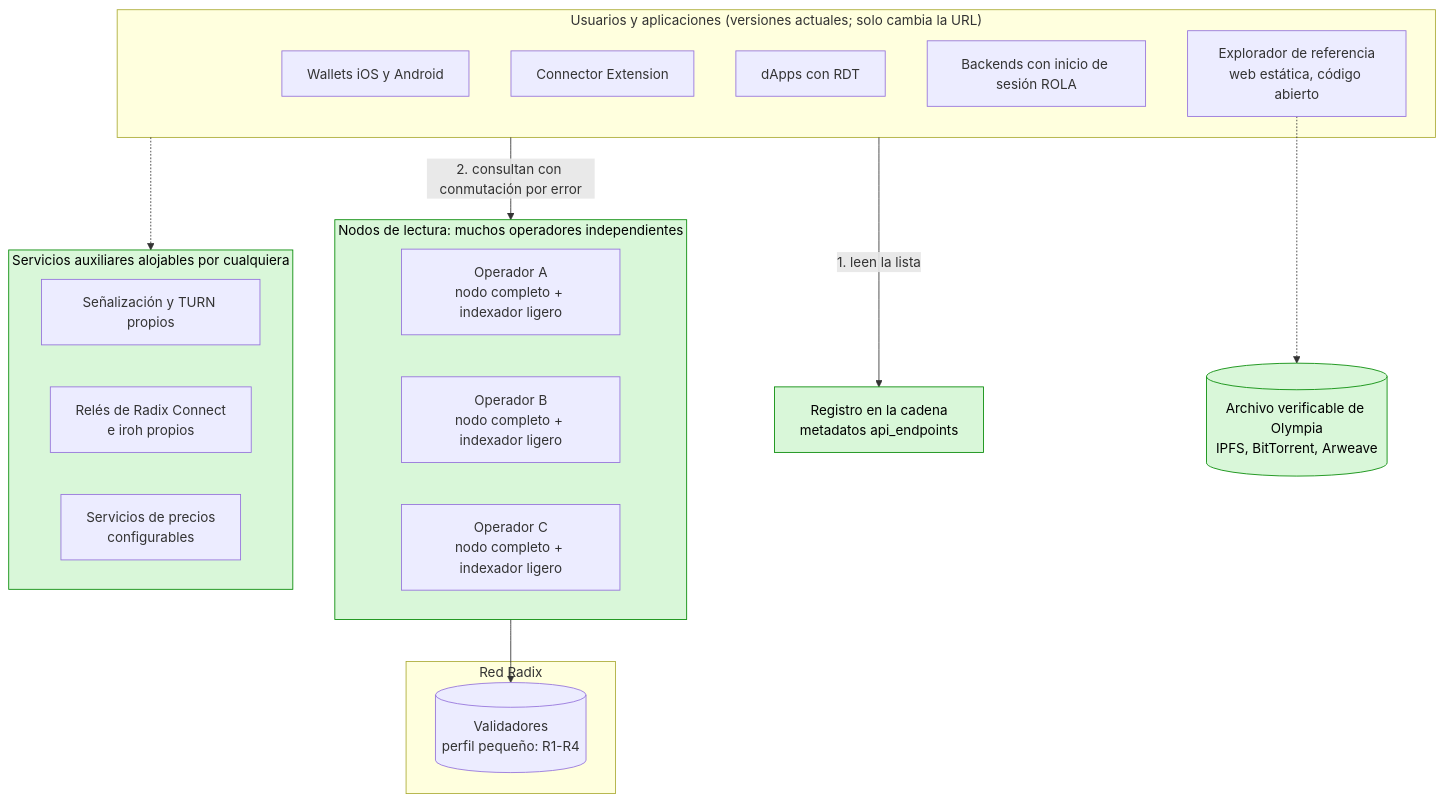
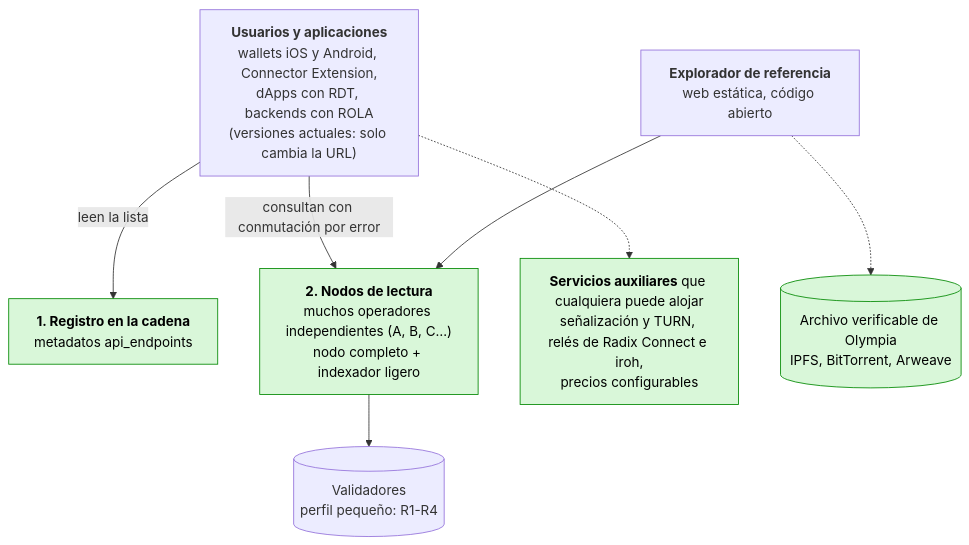
Before and after one commit to dazligth/radix-decentralization-roadmap: the first of 7 diagrams in docs/es/06-solucion-recomendada.md, drawn with Mermaid. The commit also changed other lines of this file and 9 other files, not shown here.

First line of the commit message:
Redesign diagrams for readability on GitHub

````diff
--- a/docs/es/06-solucion-recomendada.md
+++ b/docs/es/06-solucion-recomendada.md
@@ -14,32 +14,18 @@
 ```mermaid
 flowchart TB
-    subgraph APPS["Usuarios y aplicaciones (versiones actuales; solo cambia la URL)"]
-        W["Wallets iOS y Android"]
-        EXT["Connector Extension"]
-        DAPP["dApps con RDT"]
-        ROLA["Backends con inicio de sesión ROLA"]
-        EXP["Explorador de referencia<br/>web estática, código abierto"]
-    end
-    REG["Registro en la cadena<br/>metadatos api_endpoints"]
-    subgraph READ["Nodos de lectura: muchos operadores independientes"]
-        R1["Operador A<br/>nodo completo + indexador ligero"]
-        R2["Operador B<br/>nodo completo + indexador ligero"]
-        R3["Operador C<br/>nodo completo + indexador ligero"]
-    end
-    subgraph NET["Red Radix"]
-        VAL[("Validadores<br/>perfil pequeño: R1-R4")]
-    end
-    subgraph SELF["Servicios auxiliares alojables por cualquiera"]
-        SIG["Señalización y TURN propios"]
-        RELAY["Relés de Radix Connect<br/>e iroh propios"]
-        PRICE["Servicios de precios<br/>configurables"]
-    end
+    APPS["<b>Usuarios y aplicaciones</b><br/>wallets iOS y Android, Connector Extension,<br/>dApps con RDT, backends con ROLA<br/>(versiones actuales: solo cambia la URL)"]
+    EXP["<b>Explorador de referencia</b><br/>web estática, código abierto"]
+    REG["<b>1. Registro en la cadena</b><br/>metadatos api_endpoints"]
+    READ["<b>2. Nodos de lectura</b><br/>muchos operadores independientes (A, B, C…)<br/>nodo completo + indexador ligero"]
+    SELF["<b>Servicios auxiliares</b> que cualquiera puede alojar<br/>señalización y TURN, relés de Radix Connect e iroh,<br/>precios configurables"]
     ARCH[("Archivo verificable de Olympia<br/>IPFS, BitTorrent, Arweave")]
-    APPS -- "1. leen la lista" --> REG
-    APPS -- "2. consultan con conmutación por error" --> READ
-    READ --> VAL
+    VAL[("Validadores<br/>perfil pequeño: R1-R4")]
+    APPS -->|"leen la lista"| REG
+    APPS -->|"consultan con conmutación por error"| READ
+    EXP --> READ
     APPS -.-> SELF
     EXP -.-> ARCH
+    READ --> VAL
     classDef good fill:#d9f7d9,stroke:#080,color:#000
-    class READ,REG,ARCH,SELF good
+    class READ,REG,SELF,ARCH good
 ```
````
